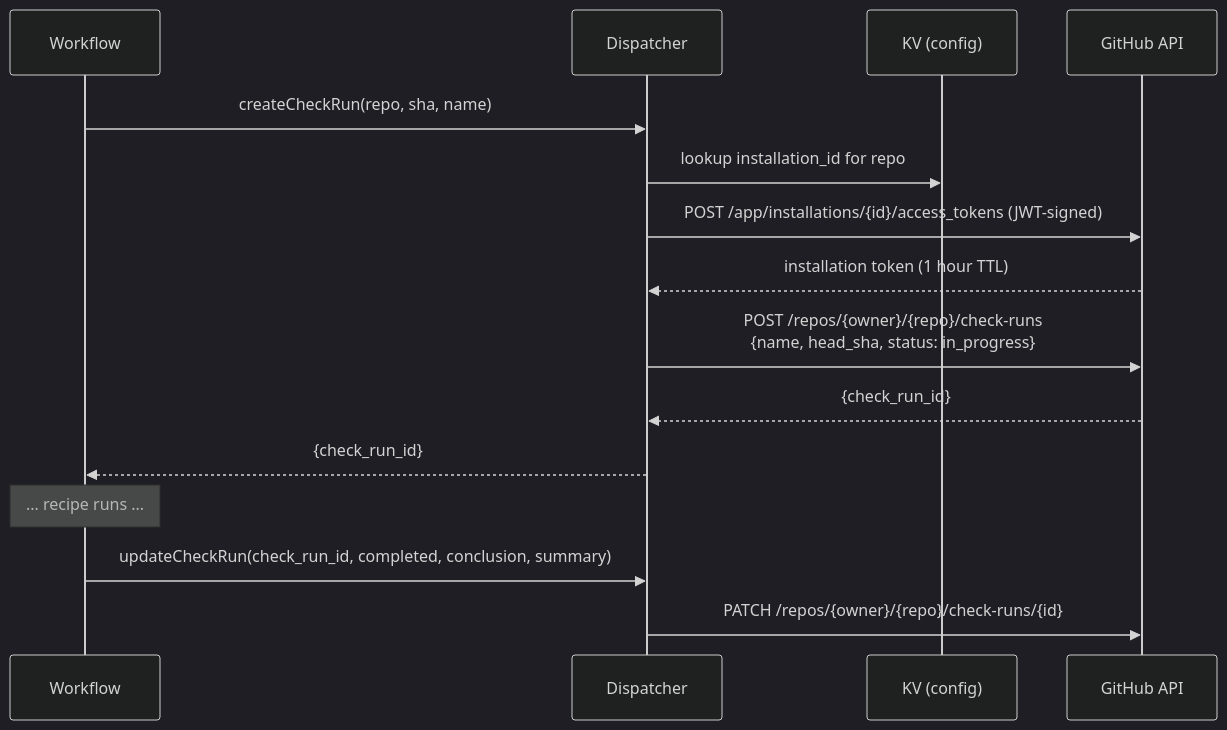
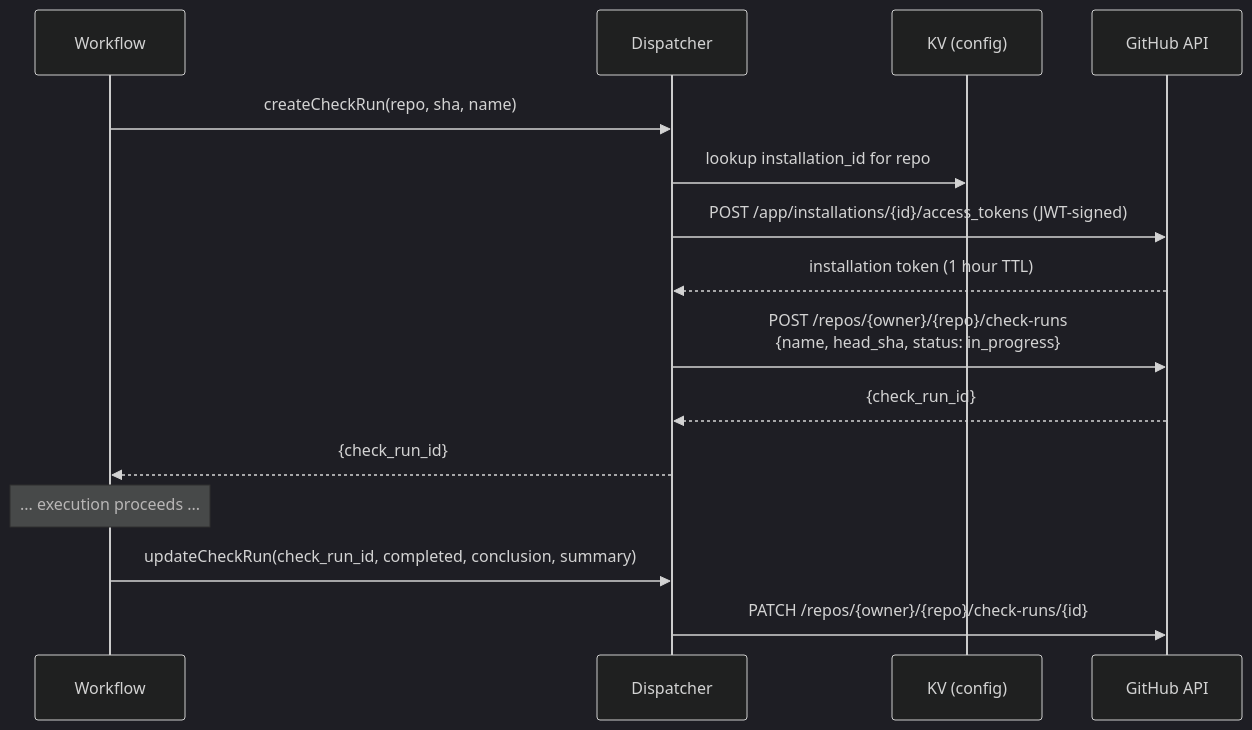
The second of 2 diagrams in specs/04-gha-integration.md (OpenHackersClub/flare-dispatch), drawn with Mermaid (dark theme) before and after one commit. The commit also changed other lines of this file and 9 other files, not shown here.

````diff
--- a/specs/04-gha-integration.md
+++ b/specs/04-gha-integration.md
@@ -120,20 +168,20 @@
 ```mermaid
 sequenceDiagram
   participant W as Workflow
   participant D as Dispatcher
   participant KV as KV (config)
   participant GH as GitHub API
 
   W->>D: createCheckRun(repo, sha, name)
   D->>KV: lookup installation_id for repo
   D->>GH: POST /app/installations/{id}/access_tokens (JWT-signed)
   GH-->>D: installation token (1 hour TTL)
   D->>GH: POST /repos/{owner}/{repo}/check-runs<br/>{name, head_sha, status: in_progress}
   GH-->>D: {check_run_id}
   D-->>W: {check_run_id}
 
-  Note over W: ... recipe runs ...
+  Note over W: ... execution proceeds ...
 
   W->>D: updateCheckRun(check_run_id, completed, conclusion, summary)
   D->>GH: PATCH /repos/{owner}/{repo}/check-runs/{id}
 ```
````
